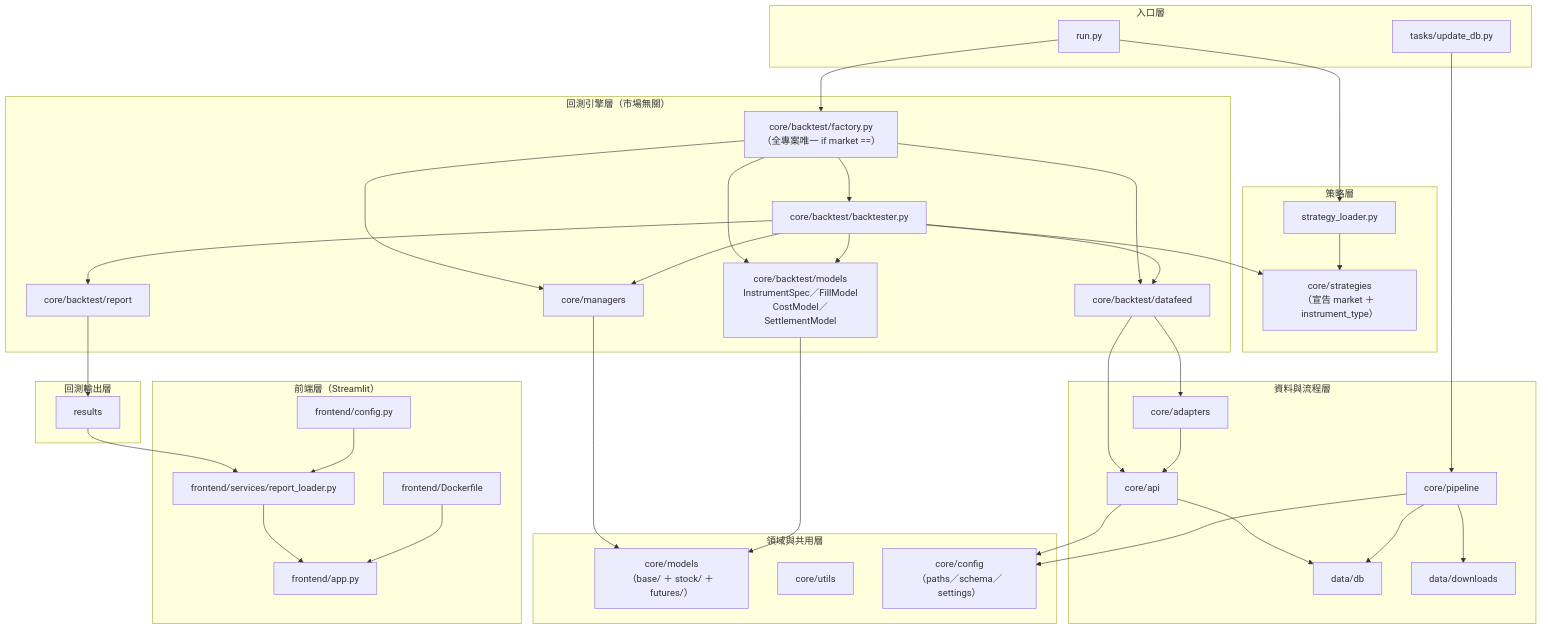
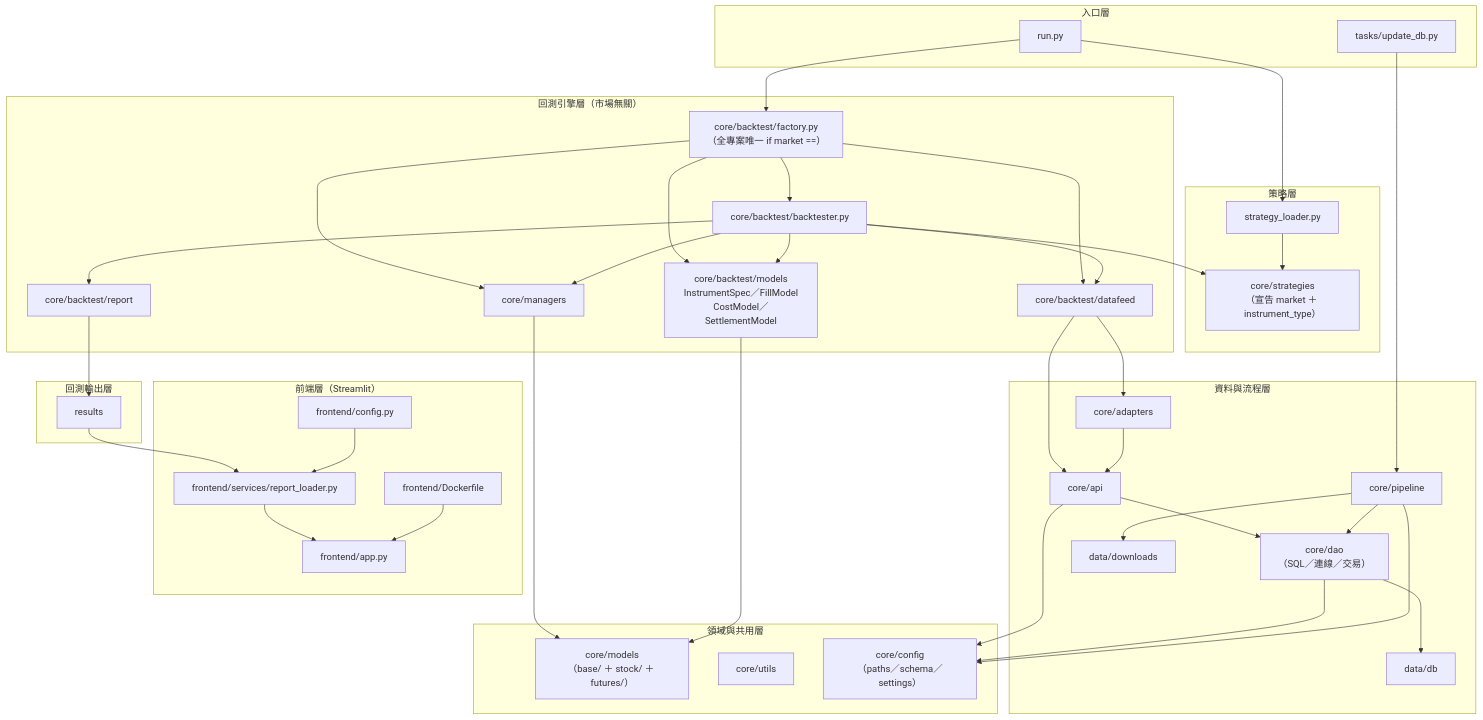
The diagram in README.md (NYFund/alphaedge), drawn with Mermaid before and after one commit. The commit also changed other lines of this file and 11 other files, not shown here.

````diff
--- a/README.md
+++ b/README.md
@@ -11,75 +11,78 @@
 ```mermaid
 graph TB
     subgraph entry ["入口層"]
         RunPy["run.py"]
         Tasks["tasks/update_db.py"]
     end
 
     subgraph strategy_layer ["策略層"]
         Strategies["core/strategies<br/>（宣告 market ＋ instrument_type）"]
         Loader["strategy_loader.py"]
     end
 
     subgraph engine_layer ["回測引擎層（市場無關）"]
         Factory["core/backtest/factory.py<br/>（全專案唯一 if market ==）"]
         Backtester["core/backtest/backtester.py"]
         BTModels["core/backtest/models<br/>InstrumentSpec／FillModel<br/>CostModel／SettlementModel"]
         Feed["core/backtest/datafeed"]
         Managers["core/managers"]
         Report["core/backtest/report"]
     end
 
     subgraph domain_layer ["領域與共用層"]
         Models["core/models<br/>（base/ ＋ stock/ ＋ futures/）"]
         Utils["core/utils"]
         Config["core/config<br/>（paths／schema／settings）"]
     end
 
     subgraph data_layer ["資料與流程層"]
         API["core/api"]
         Adapters["core/adapters"]
+        DAO["core/dao<br/>（SQL／連線／交易）"]
         Pipeline["core/pipeline"]
         DB["data/db"]
         Data["data/downloads"]
     end
 
     subgraph output_layer ["回測輸出層"]
         Results["results"]
     end
 
     subgraph frontend_layer ["前端層（Streamlit）"]
         FrontendApp["frontend/app.py"]
         FrontendService["frontend/services/report_loader.py"]
         FrontendConfig["frontend/config.py"]
         FrontendDocker["frontend/Dockerfile"]
     end
 
     RunPy --> Loader
     Loader --> Strategies
     RunPy --> Factory
     Factory --> Backtester
     Factory --> BTModels
     Factory --> Feed
     Factory --> Managers
     Backtester --> Strategies
     Backtester --> BTModels
     Backtester --> Feed
     Backtester --> Managers
     Backtester --> Report
     Managers --> Models
     BTModels --> Models
     Feed --> API
     Feed --> Adapters
-    API --> DB
+    API --> DAO
+    DAO --> DB
     Adapters --> API
     API --> Config
+    DAO --> Config
+    Pipeline --> DAO
     Pipeline --> Config
     Tasks --> Pipeline
-    Pipeline --> DB
     Pipeline --> Data
     Report --> Results
     Results --> FrontendService
     FrontendConfig --> FrontendService
     FrontendService --> FrontendApp
     FrontendDocker --> FrontendApp
 ```
````
